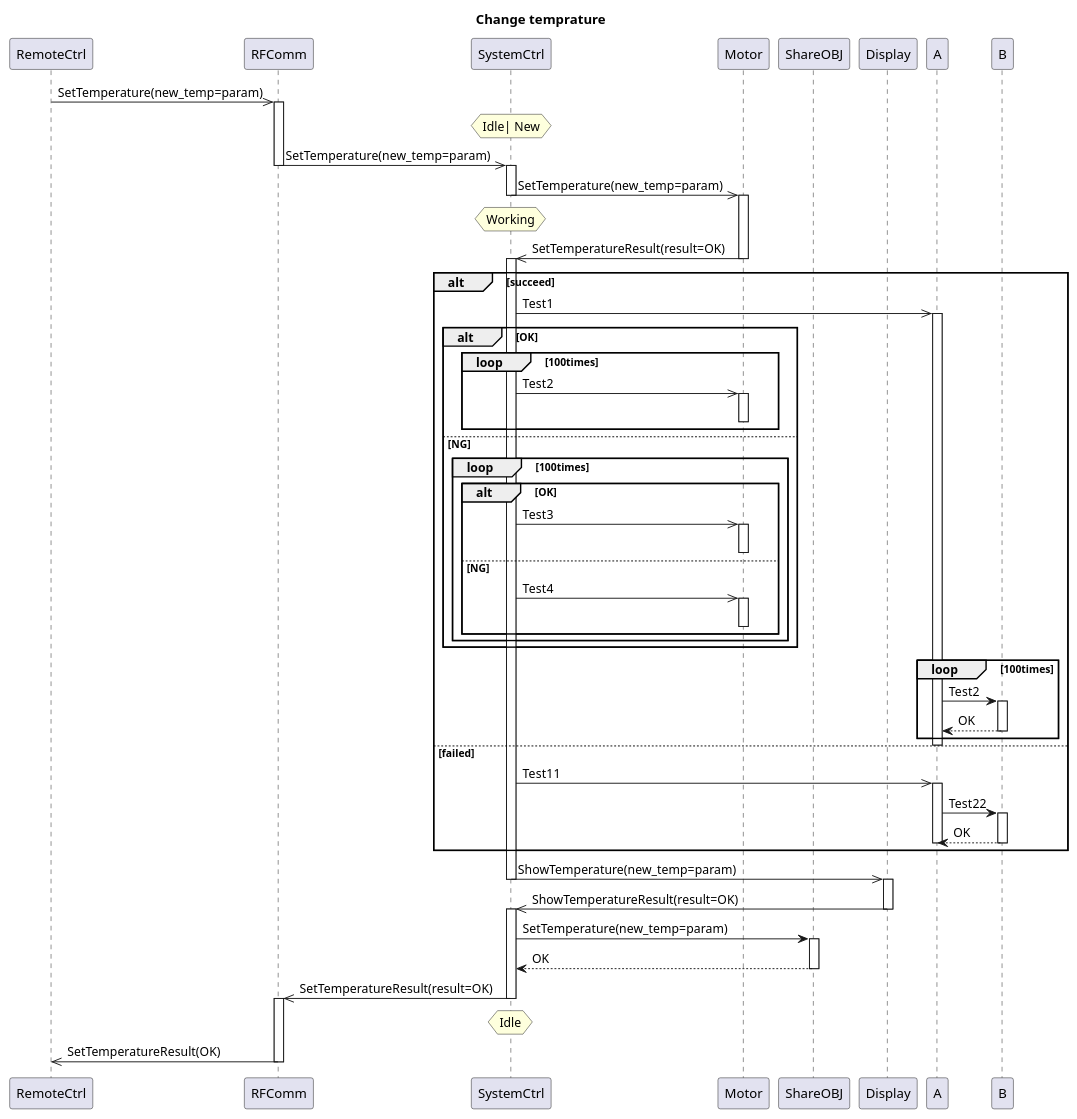
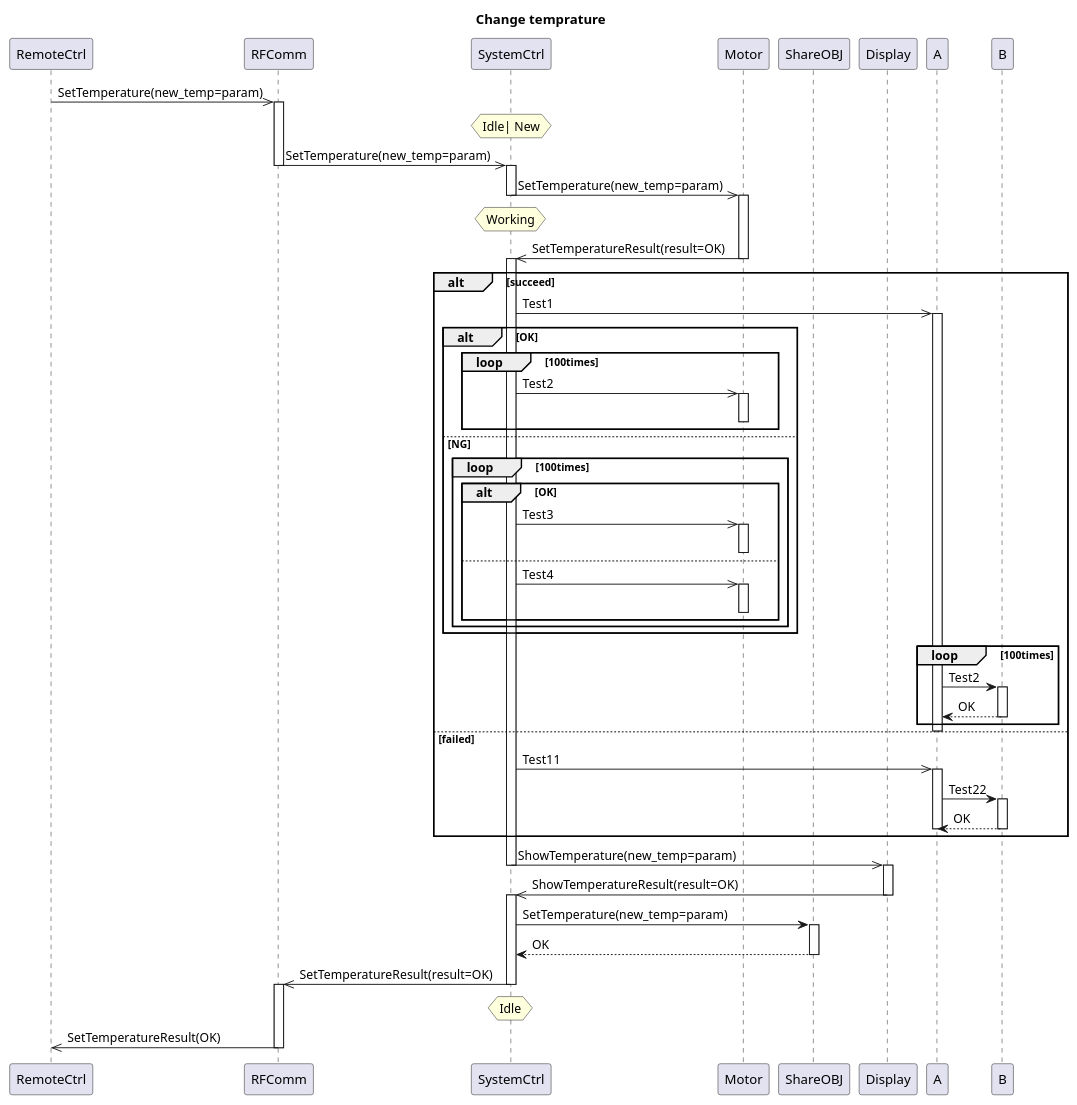
Before and after one commit to EvenTang/lywMDDToolChain: the diagram in SourceCodeGeneration/InputForSTMSourceGen/03ChangeTemprature_test.wsd, drawn with PlantUML. The commit also changed 4 other files, not shown here.

```diff
--- a/SourceCodeGeneration/InputForSTMSourceGen/03ChangeTemprature_test.wsd
+++ b/SourceCodeGeneration/InputForSTMSourceGen/03ChangeTemprature_test.wsd
@@ -1,88 +1,88 @@
 @startuml change_temparature
 
 title Change temprature
 
 participant RemoteCtrl
 participant RFComm
 participant SystemCtrl
 participant Motor
 participant ShareOBJ
 participant Display
 
 RemoteCtrl->>RFComm:SetTemperature(new_temp=param)
 activate RFComm
 hnote over SystemCtrl: Idle| New 
 
 RFComm->>SystemCtrl:SetTemperature(new_temp=param)
 deactivate RFComm
 activate SystemCtrl
 SystemCtrl->>Motor:SetTemperature(new_temp=param)
 deactivate SystemCtrl
 activate Motor
 
 hnote over SystemCtrl: Working
 Motor->>SystemCtrl:SetTemperatureResult(result=OK)
 deactivate Motor
 activate SystemCtrl
 alt succeed
 SystemCtrl->>A:Test1
 activate A
 
 alt OK
 loop 100times  /'add by shiweiz begin'/
 SystemCtrl->>Motor:Test2
 activate Motor
 deactivate Motor
 end
 
 else NG
 loop 100times
 alt OK
 SystemCtrl->>Motor:Test3
 activate Motor
 deactivate Motor
-else NG
+else
 SystemCtrl->>Motor:Test4
 activate Motor
 deactivate Motor
 end
 end
 end /'add by shiweiz end'/
 
 
 loop 100times
 A->B:Test2
 activate B
 B-->A:OK
 deactivate B
 end
 deactivate A
 else failed
 SystemCtrl->>A:Test11
 activate A
 A->B:Test22
 activate B
 B-->A:OK
 deactivate B
 deactivate A
 end
 SystemCtrl->>Display:ShowTemperature(new_temp=param)
 deactivate SystemCtrl
 activate Display
 
 Display->>SystemCtrl:ShowTemperatureResult(result=OK)
 deactivate Display
 activate SystemCtrl
 SystemCtrl->ShareOBJ:SetTemperature(new_temp=param)
 activate ShareOBJ
 ShareOBJ-->SystemCtrl:OK
 deactivate ShareOBJ
 
 SystemCtrl->>RFComm:SetTemperatureResult(result=OK)
 deactivate SystemCtrl
 hnote over SystemCtrl: Idle 
 activate RFComm
 RFComm->>RemoteCtrl : SetTemperatureResult(OK)
 deactivate RFComm
 
 @enduml
```
